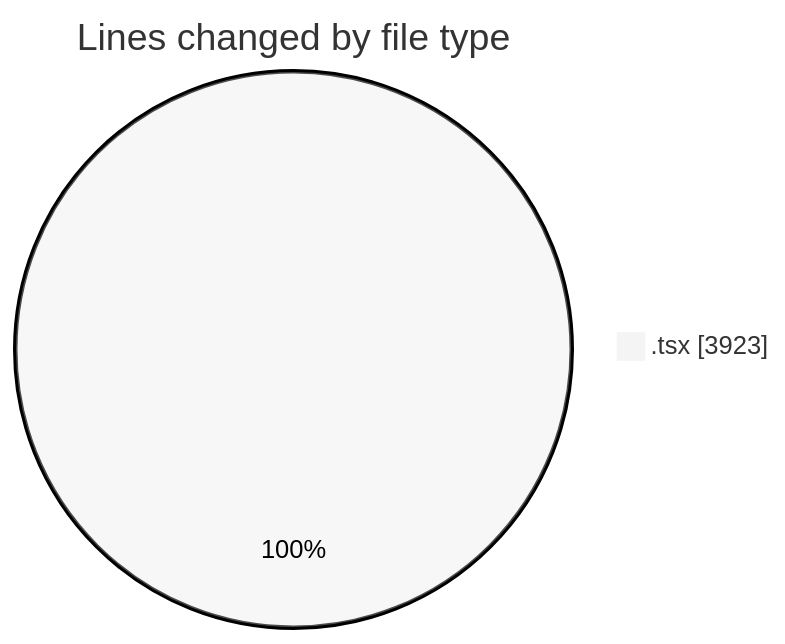
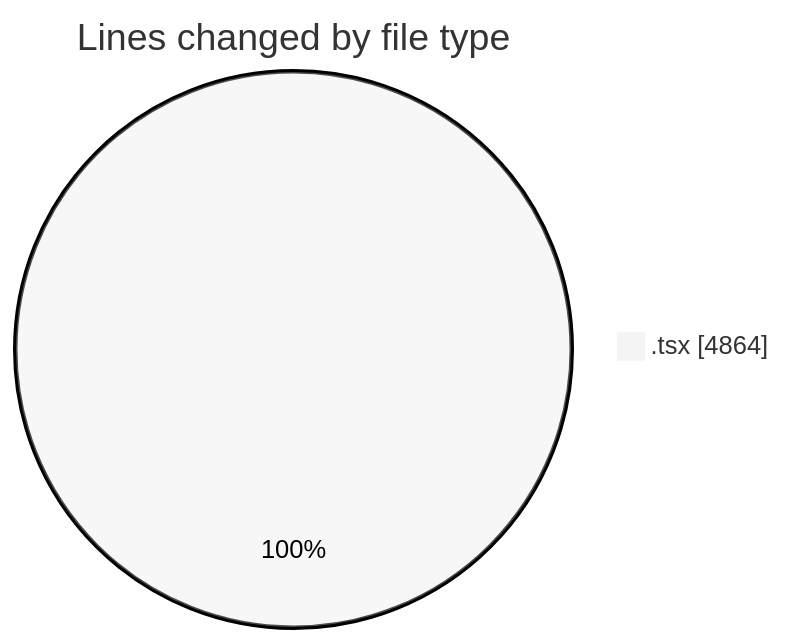
The first of 2 diagrams in 2026-06-18/nxtqube_webapp/README.md (nxtqubesakshisongat/code-tracking), drawn with Mermaid (neutral theme) before and after one commit. The commit also changed other lines of this file and 1 other file, not shown here.

````diff
--- a/2026-06-18/nxtqube_webapp/README.md
+++ b/2026-06-18/nxtqube_webapp/README.md
@@ -20,5 +21,5 @@
 ```mermaid
 pie showData
 title Lines changed by file type
-".tsx" : 3923
+".tsx" : 4864
 ```
````
